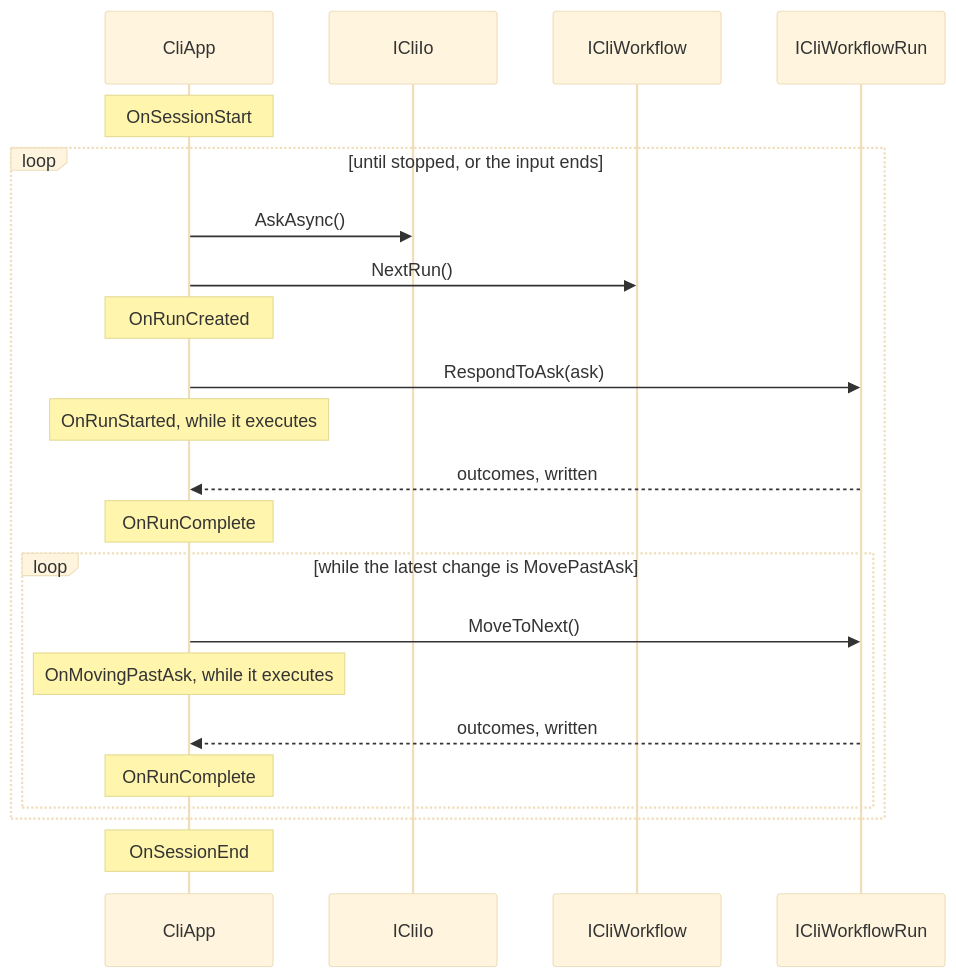
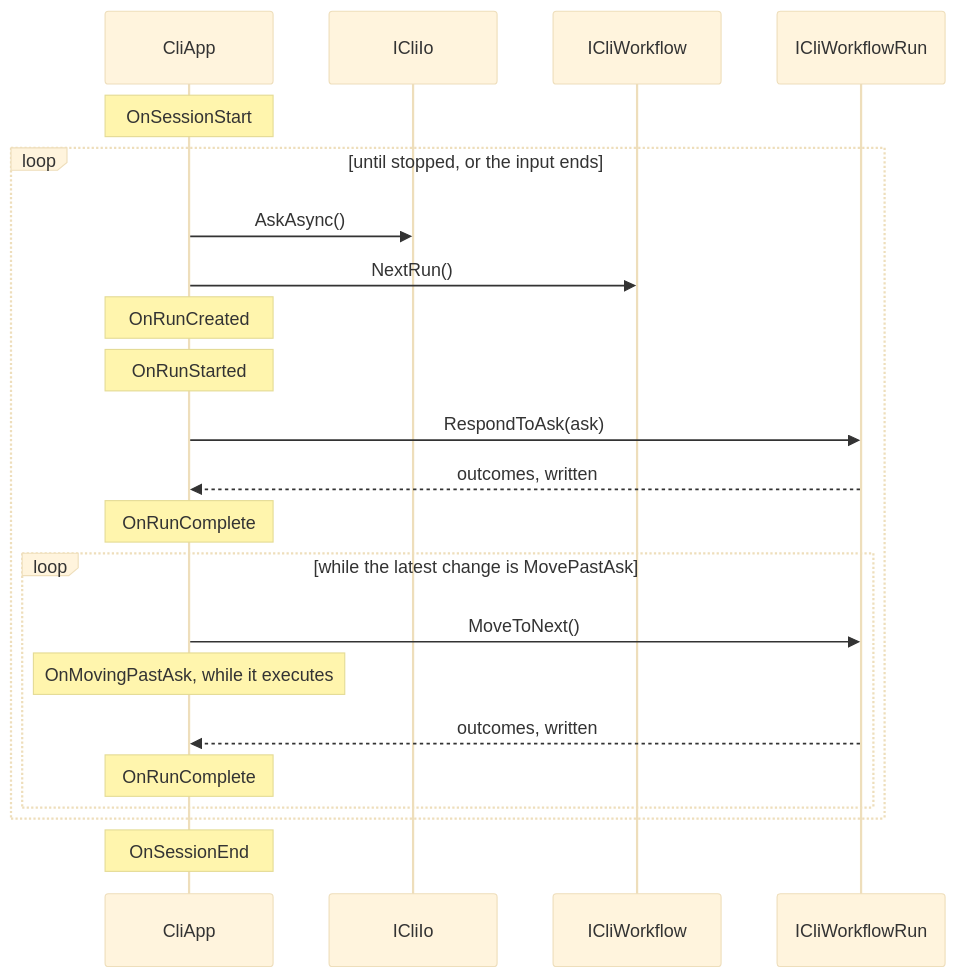
Before and after one commit to KitCli/KitCli: the diagram in docs/concepts/cli-app-host.md, drawn with Mermaid (base theme). The commit also changed other lines of this file and 17 other files, not shown here.

````diff
--- a/docs/concepts/cli-app-host.md
+++ b/docs/concepts/cli-app-host.md
@@ -30,24 +30,24 @@
 ```mermaid
 sequenceDiagram
     participant App as CliApp
     participant Io as ICliIo
     participant Workflow as ICliWorkflow
     participant Run as ICliWorkflowRun
     note over App: OnSessionStart
     loop until stopped, or the input ends
         App->>Io: AskAsync()
         App->>Workflow: NextRun()
         note over App: OnRunCreated
+        note over App: OnRunStarted
         App->>Run: RespondToAsk(ask)
-        note over App: OnRunStarted, while it executes
         Run-->>App: outcomes, written
         note over App: OnRunComplete
         loop while the latest change is MovePastAsk
             App->>Run: MoveToNext()
             note over App: OnMovingPastAsk, while it executes
             Run-->>App: outcomes, written
             note over App: OnRunComplete
         end
     end
     note over App: OnSessionEnd
 ```
````
